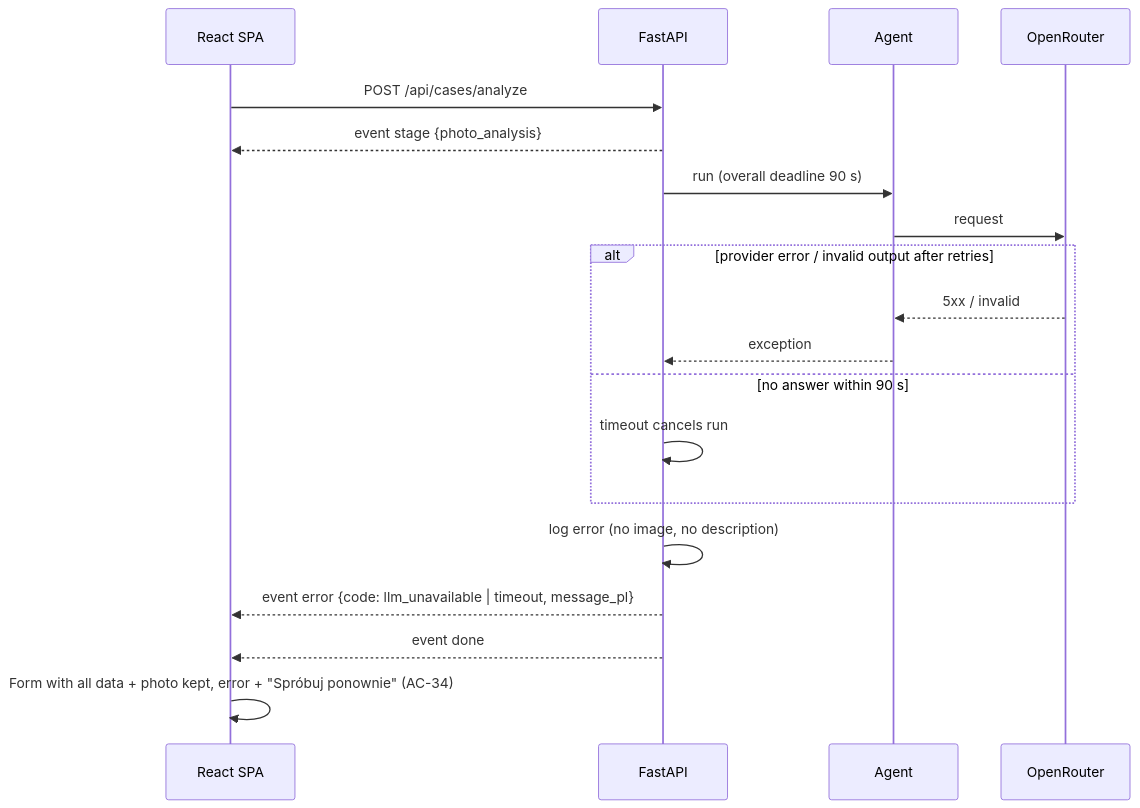
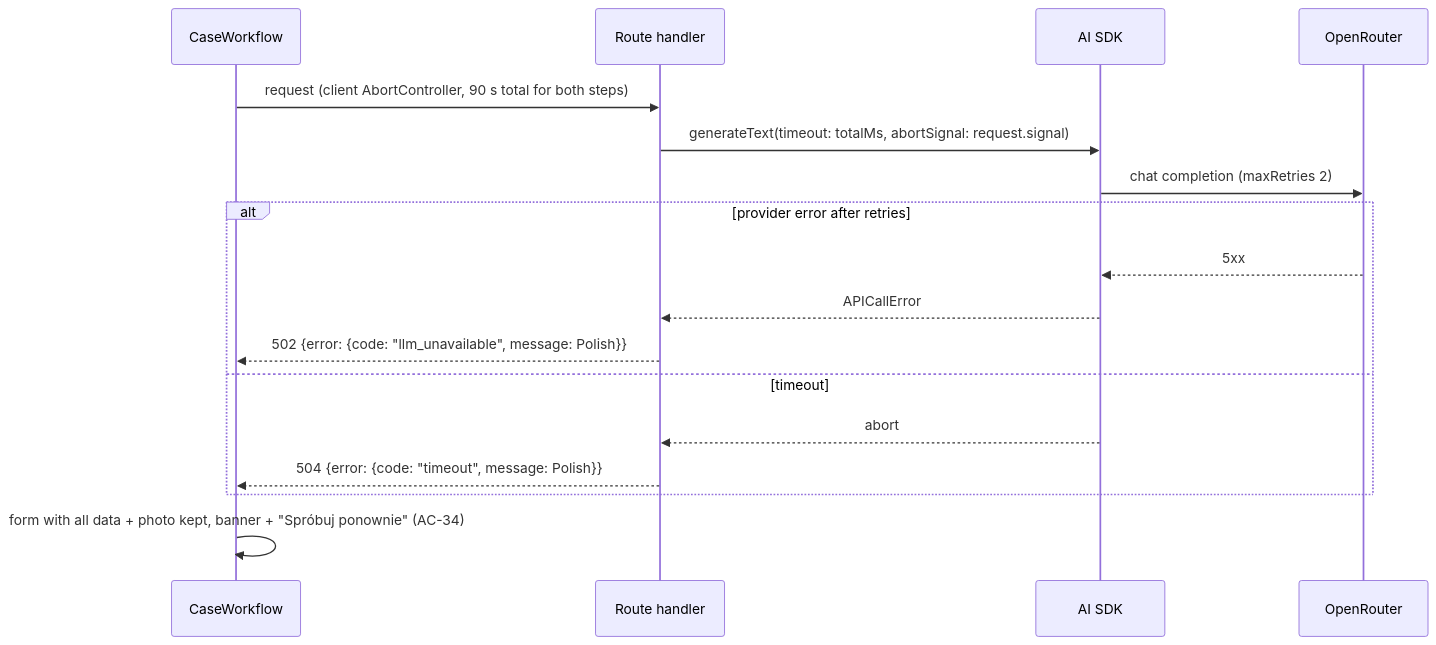
The fifth of 7 diagrams in docs/ADR/000-main-architecture.md (pawelpost4/sii-vibe-coding-2026-10), drawn with Mermaid before and after one commit. The commit also changed other lines of this file and 6 other files, not shown here.

First line of the commit message:
Docs: second ADR - replace FastAPI ADRs with Next.js + AI SDK architecture

````diff
--- a/docs/ADR/000-main-architecture.md
+++ b/docs/ADR/000-main-architecture.md
@@ -425,21 +382,19 @@
 ```mermaid
 sequenceDiagram
-    participant UI as React SPA
-    participant API as FastAPI
-    participant AG as Agent
+    participant UI as CaseWorkflow
+    participant R as Route handler
+    participant AI as AI SDK
     participant OR as OpenRouter
-    UI->>API: POST /api/cases/analyze
-    API-->>UI: event stage {photo_analysis}
-    API->>AG: run (overall deadline 90 s)
-    AG->>OR: request
-    alt provider error / invalid output after retries
-        OR-->>AG: 5xx / invalid
-        AG-->>API: exception
-    else no answer within 90 s
-        API->>API: timeout cancels run
+    UI->>R: request (client AbortController, 90 s total for both steps)
+    R->>AI: generateText(timeout: totalMs, abortSignal: request.signal)
+    AI->>OR: chat completion (maxRetries 2)
+    alt provider error after retries
+        OR-->>AI: 5xx
+        AI-->>R: APICallError
+        R-->>UI: 502 {error: {code: "llm_unavailable", message: Polish}}
+    else timeout
+        AI-->>R: abort
+        R-->>UI: 504 {error: {code: "timeout", message: Polish}}
     end
-    API->>API: log error (no image, no description)
-    API-->>UI: event error {code: llm_unavailable | timeout, message_pl}
-    API-->>UI: event done
-    UI->>UI: Form with all data + photo kept, error + "Spróbuj ponownie" (AC-34)
+    UI->>UI: form with all data + photo kept, banner + "Spróbuj ponownie" (AC-34)
 ```
````
